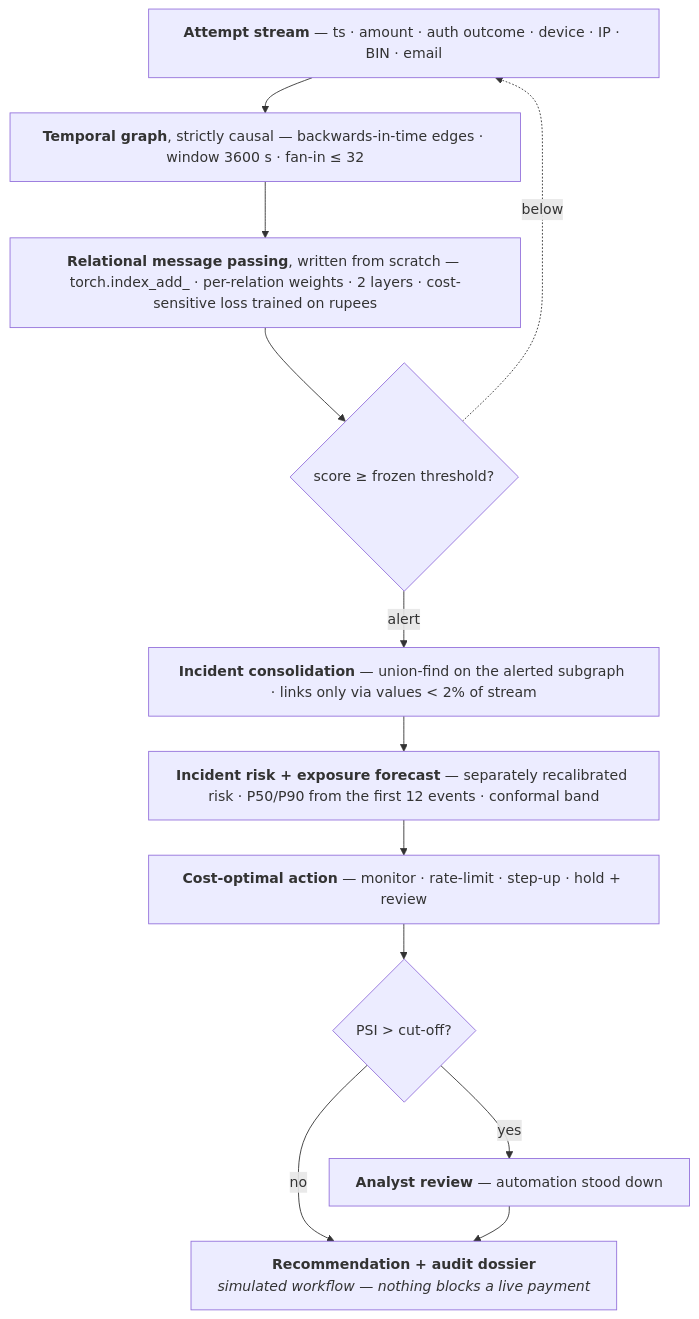
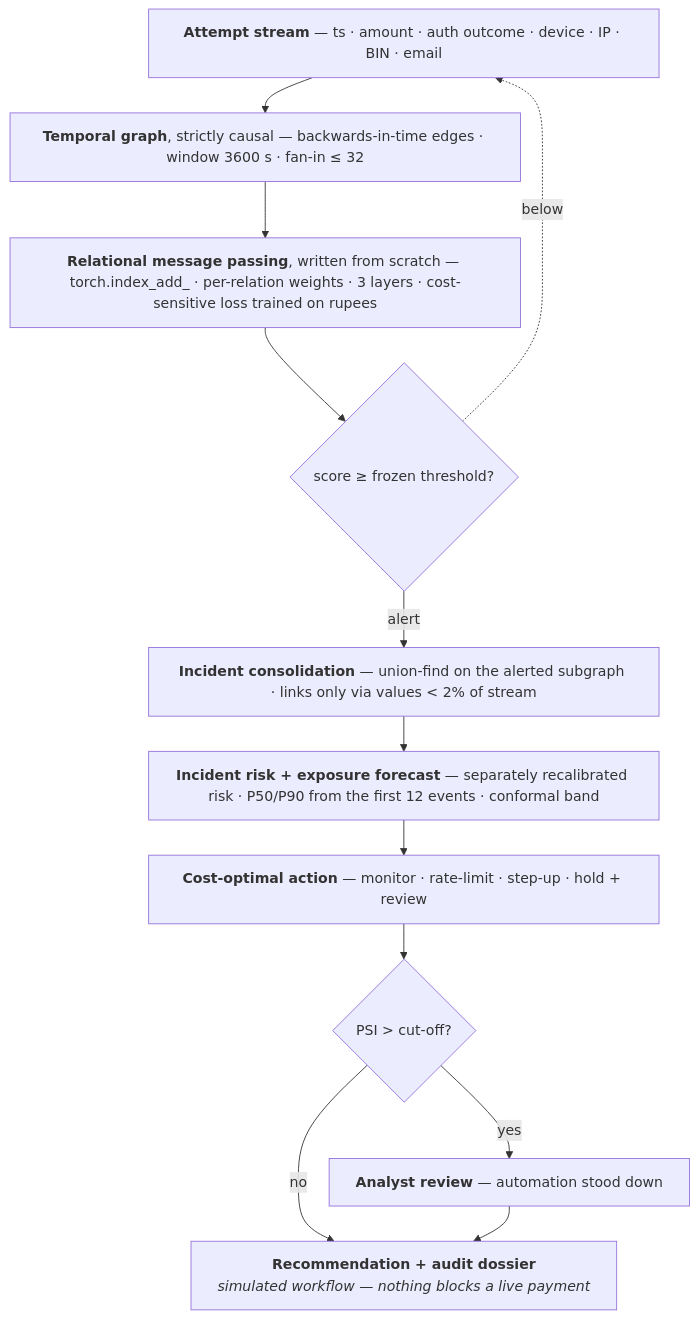
One commit to Yashasm18/koronis changed the diagram in docs/architecture.md. Above: the diagram before and after it, drawn with Mermaid. The commit also changed other lines of this file and 44 other files, not shown here.

````diff
--- a/docs/architecture.md
+++ b/docs/architecture.md
@@ -8,20 +8,20 @@
 ```mermaid
 %%{init: {"flowchart": {"wrappingWidth": 520, "nodeSpacing": 30, "rankSpacing": 40}}}%%
 flowchart TB
     IN["<b>Attempt stream</b> — ts · amount · auth outcome · device · IP · BIN · email"]
     G["<b>Temporal graph</b>, strictly causal — backwards-in-time edges · window 3600 s · fan-in ≤ 32"]
-    MP["<b>Relational message passing</b>, written from scratch — torch.index_add_ · per-relation weights · 2 layers · cost-sensitive loss trained on rupees"]
+    MP["<b>Relational message passing</b>, written from scratch — torch.index_add_ · per-relation weights · 3 layers · cost-sensitive loss trained on rupees"]
     SC{"score ≥ frozen threshold?"}
     CON["<b>Incident consolidation</b> — union-find on the alerted subgraph · links only via values &lt; 2% of stream"]
     FC["<b>Incident risk + exposure forecast</b> — separately recalibrated risk · P50/P90 from the first 12 events · conformal band"]
     POL["<b>Cost-optimal action</b> — monitor · rate-limit · step-up · hold + review"]
     DRIFT{"PSI > cut-off?"}
     REV["<b>Analyst review</b> — automation stood down"]
     OUT["<b>Recommendation + audit dossier</b><br/><i>simulated workflow — nothing blocks a live payment</i>"]
 
     IN --> G --> MP --> SC
     SC -->|"alert"| CON --> FC --> POL --> DRIFT
     SC -.->|"below"| IN
     DRIFT -->|"no"| OUT
     DRIFT -->|"yes"| REV --> OUT
 ```
````
